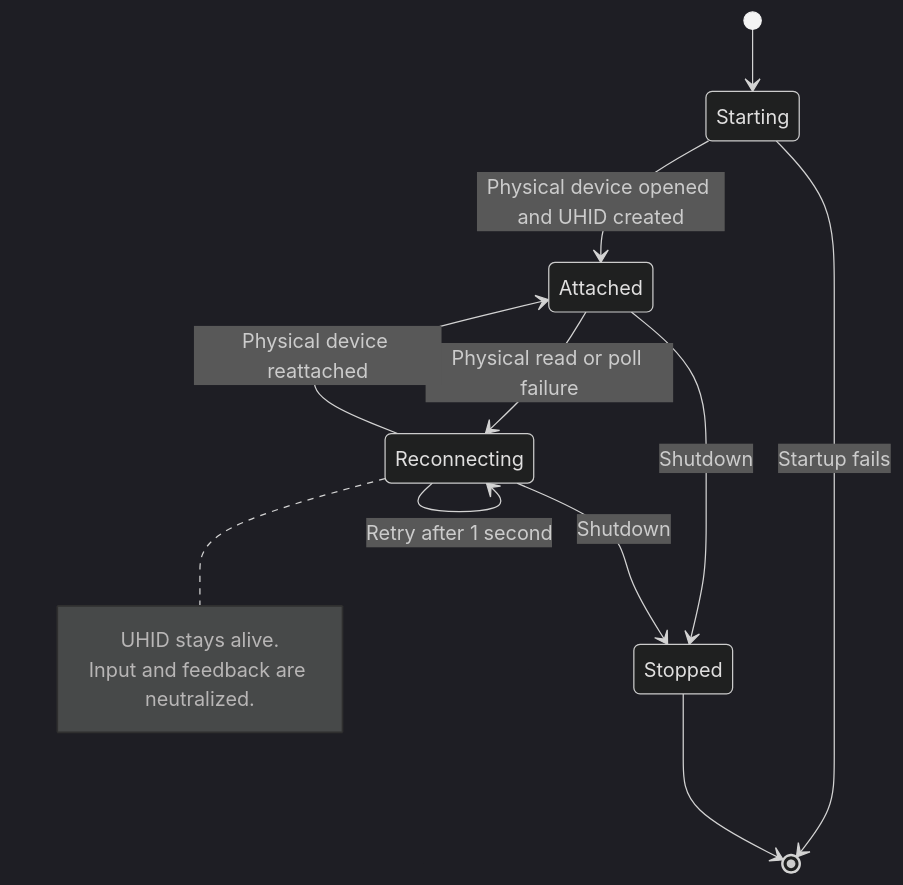
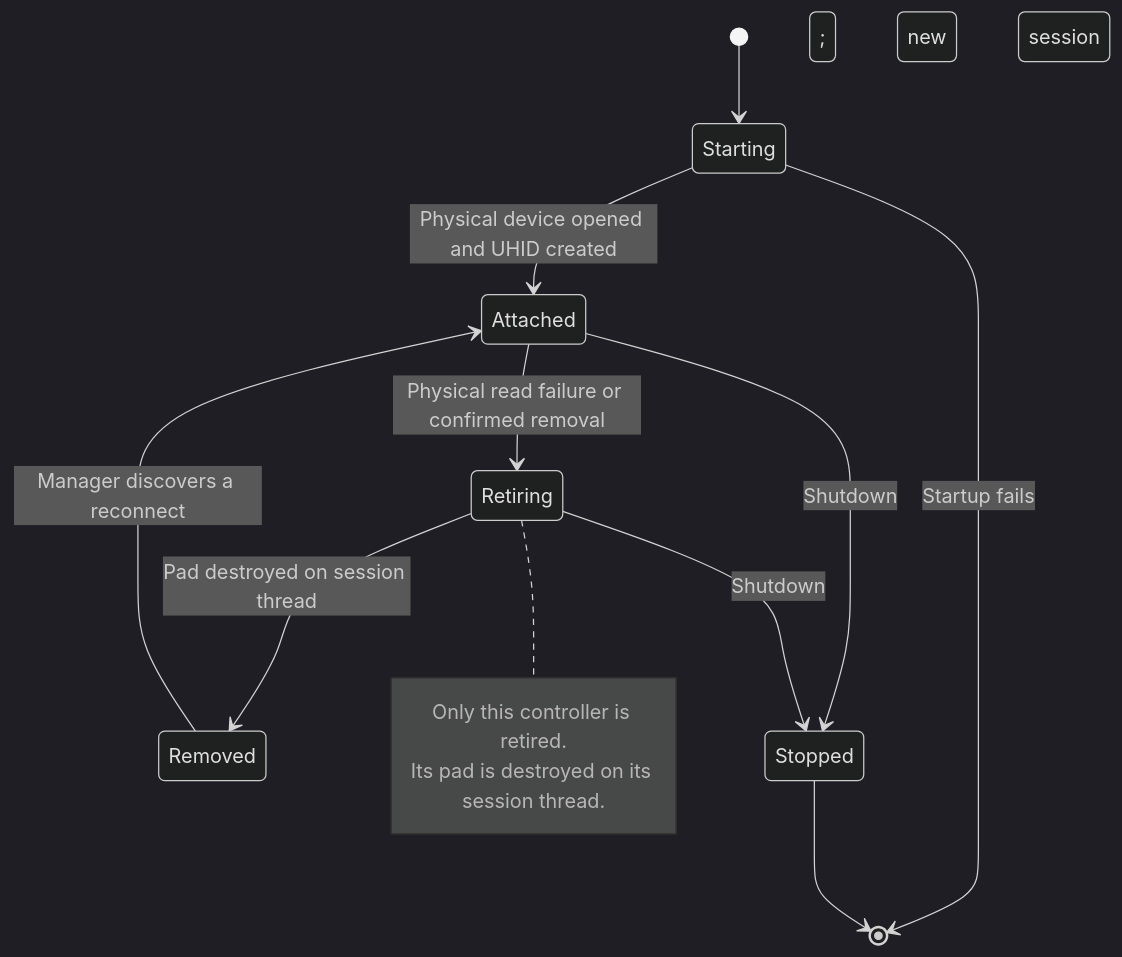
Before and after one commit to Ownistic/vader3-pro-linux-driver: the second of 2 diagrams in ARCHITECTURE.md, drawn with Mermaid (dark theme). The commit also changed other lines of this file and 27 other files, not shown here.

````diff
--- a/ARCHITECTURE.md
+++ b/ARCHITECTURE.md
@@ -152,16 +194,16 @@
 ```mermaid
 stateDiagram-v2
     [*] --> Starting
     Starting --> Attached: Physical device opened and UHID created
     Starting --> [*]: Startup fails
-    Attached --> Reconnecting: Physical read or poll failure
-    Reconnecting --> Reconnecting: Retry after 1 second
-    Reconnecting --> Attached: Physical device reattached
+    Attached --> Retiring: Physical read failure or confirmed removal
+    Retiring --> Removed: Pad destroyed on session thread
+    Removed --> Attached: Manager discovers a reconnect; new session
     Attached --> Stopped: Shutdown
-    Reconnecting --> Stopped: Shutdown
+    Retiring --> Stopped: Shutdown
     Stopped --> [*]
-    note right of Reconnecting
-        UHID stays alive.
-        Input and feedback are neutralized.
+    note right of Retiring
+        Only this controller is retired.
+        Its pad is destroyed on its session thread.
     end note
 ```
````
